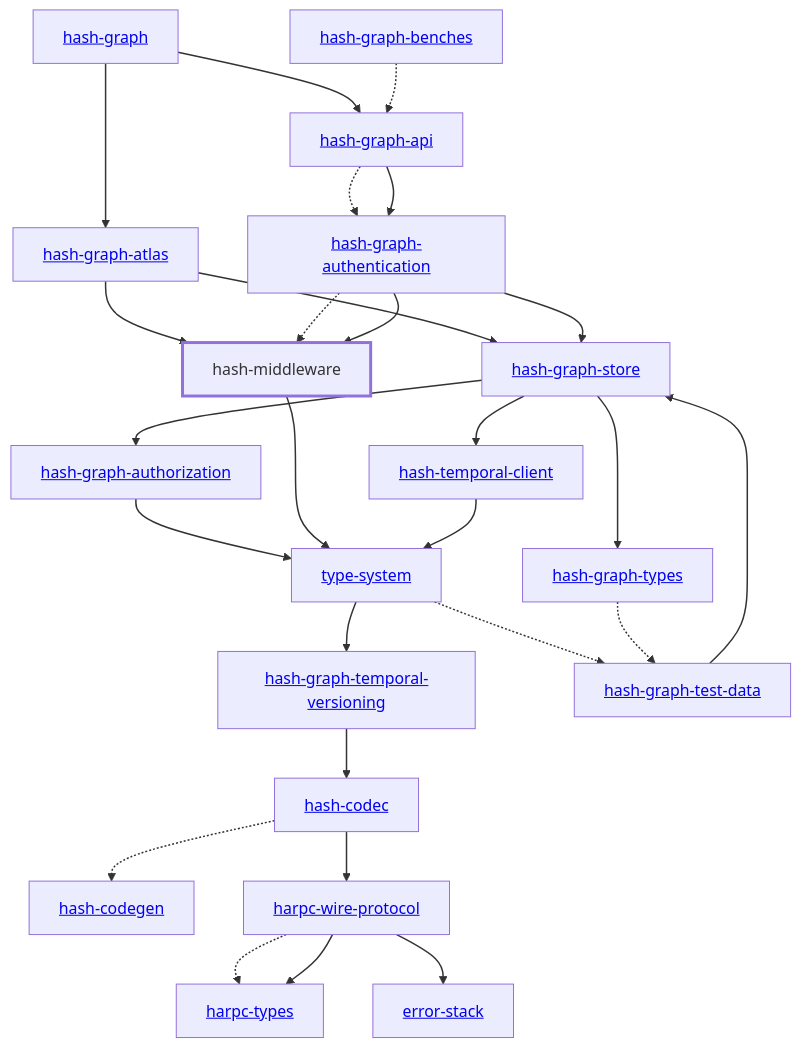
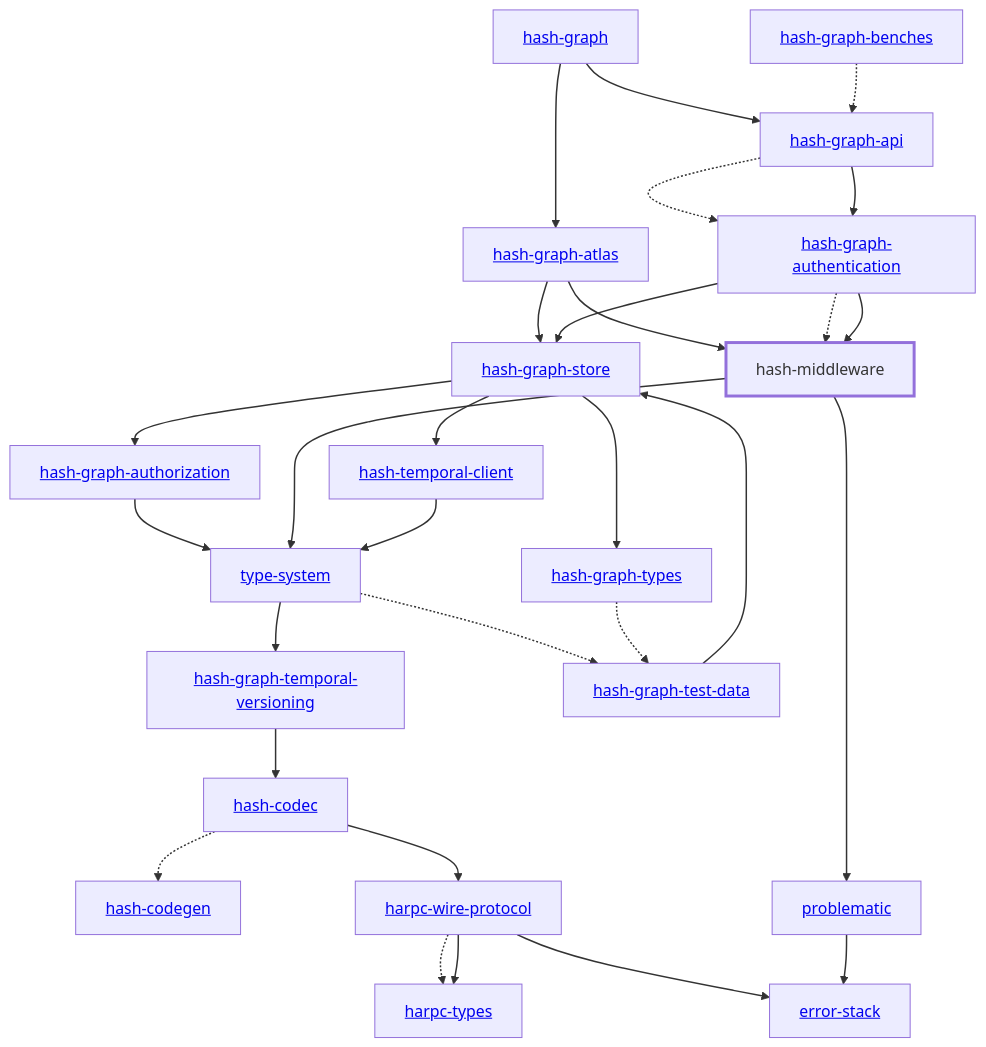
The diagram in libs/@local/middleware/docs/dependency-diagram.mmd (hashintel/hash), drawn with Mermaid before and after one commit. The commit also changed 26 other files, not shown here.

```diff
--- a/libs/@local/middleware/docs/dependency-diagram.mmd
+++ b/libs/@local/middleware/docs/dependency-diagram.mmd
@@ -1,55 +1,58 @@
 graph TD
     linkStyle default stroke-width:1.5px
     classDef default stroke-width:1px
     classDef root stroke-width:3px
     classDef dev stroke-width:1px
     classDef build stroke-width:1px
     %% Legend
     %% --> : Normal dependency
     %% -.-> : Dev dependency
     %% ---> : Build dependency
     0[<a href="../hash_graph/index.html">hash-graph</a>]
     1[<a href="../type_system/index.html">type-system</a>]
     2[<a href="../hash_codec/index.html">hash-codec</a>]
     3[<a href="../hash_codegen/index.html">hash-codegen</a>]
     4[<a href="../hash_graph_api/index.html">hash-graph-api</a>]
     5[<a href="../hash_graph_atlas/index.html">hash-graph-atlas</a>]
     6[<a href="../hash_graph_authentication/index.html">hash-graph-authentication</a>]
     7[<a href="../hash_graph_authorization/index.html">hash-graph-authorization</a>]
     8[<a href="../hash_graph_store/index.html">hash-graph-store</a>]
     9[<a href="../hash_graph_temporal_versioning/index.html">hash-graph-temporal-versioning</a>]
     10[<a href="../hash_graph_types/index.html">hash-graph-types</a>]
     11[<a href="../harpc_types/index.html">harpc-types</a>]
     12[<a href="../harpc_wire_protocol/index.html">harpc-wire-protocol</a>]
     13[hash-middleware]
     class 13 root
     14[<a href="../hash_temporal_client/index.html">hash-temporal-client</a>]
     15[<a href="../error_stack/index.html">error-stack</a>]
-    16[<a href="../hash_graph_benches/index.html">hash-graph-benches</a>]
-    17[<a href="../hash_graph_test_data/index.html">hash-graph-test-data</a>]
+    16[<a href="../problematic/index.html">problematic</a>]
+    17[<a href="../hash_graph_benches/index.html">hash-graph-benches</a>]
+    18[<a href="../hash_graph_test_data/index.html">hash-graph-test-data</a>]
     0 --> 4
     0 --> 5
     1 --> 9
-    1 -.-> 17
+    1 -.-> 18
     2 -.-> 3
     2 --> 12
     4 -.-> 6
     4 --> 6
     5 --> 8
     5 --> 13
     6 --> 8
     6 -.-> 13
     6 --> 13
     7 --> 1
     8 --> 7
     8 --> 10
     8 --> 14
     9 --> 2
-    10 -.-> 17
+    10 -.-> 18
     12 -.-> 11
     12 --> 11
     12 --> 15
     13 --> 1
+    13 --> 16
     14 --> 1
-    16 -.-> 4
-    17 --> 8
+    16 --> 15
+    17 -.-> 4
+    18 --> 8
```
